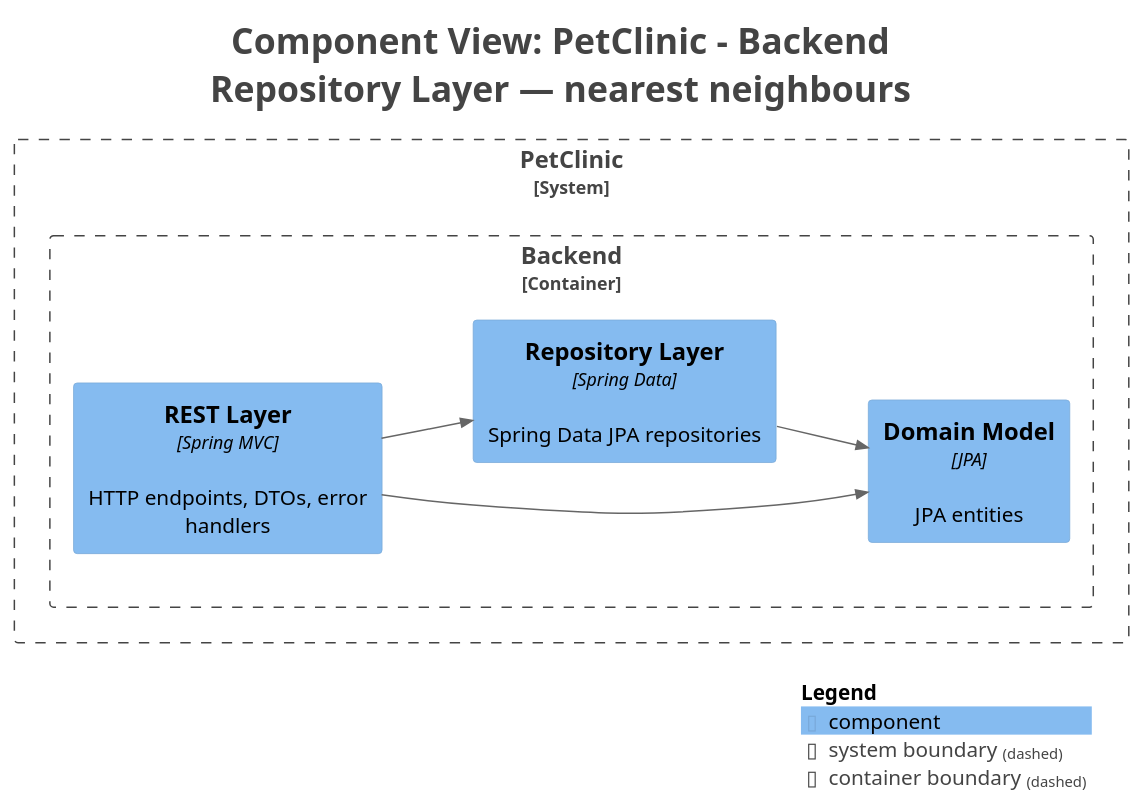
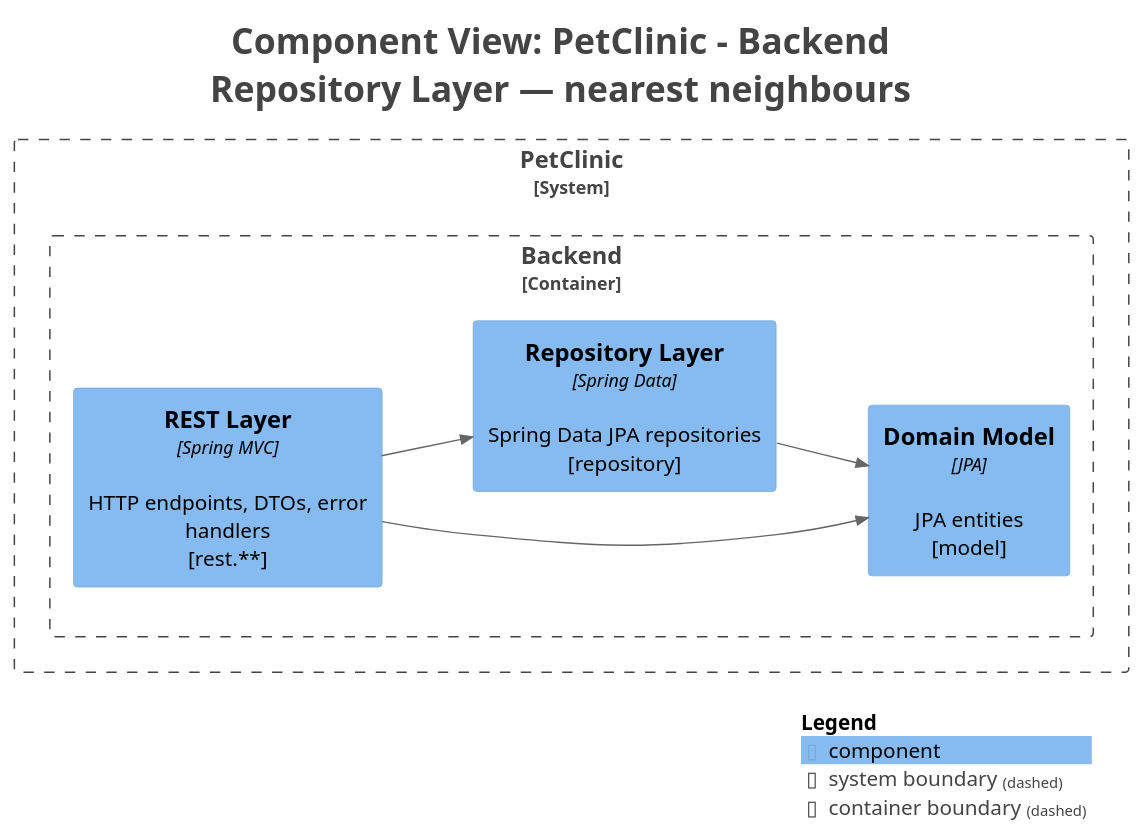
The diagram in petclinic-backend/docs/generated/c4views/C3-Repository.puml (victorrentea/petclinic), drawn with PlantUML before and after one commit. The commit also changed 5 other files, not shown here.

```diff
--- a/petclinic-backend/docs/generated/c4views/C3-Repository.puml
+++ b/petclinic-backend/docs/generated/c4views/C3-Repository.puml
@@ -1,33 +1,33 @@
 @startuml
 title <size:24>Component View: PetClinic - Backend</size>\n<size:24>Repository Layer — nearest neighbours</size>
 
 set separator none
 left to right direction
 
 <style>
   root {
     BackgroundColor: #ffffff
     FontColor: #444444
   }
 </style>
 
 !include <C4/C4>
 !include <C4/C4_Context>
 !include <C4/C4_Component>
 
 System_Boundary("PetClinic_boundary", "PetClinic", $tags="") {
   Container_Boundary("PetClinic.Backend_boundary", "Backend", $tags="") {
-    Component(PetClinic.Backend.RESTLayer, "REST Layer", $techn="Spring MVC", $descr="HTTP endpoints, DTOs, error handlers", $tags="", $link="")
-    Component(PetClinic.Backend.DomainModel, "Domain Model", $techn="JPA", $descr="JPA entities", $tags="", $link="")
-    Component(PetClinic.Backend.RepositoryLayer, "Repository Layer", $techn="Spring Data", $descr="Spring Data JPA repositories", $tags="", $link="")
+    Component(PetClinic.Backend.RESTLayer, "REST Layer", $techn="Spring MVC", $descr="HTTP endpoints, DTOs, error handlers\n[rest.**]", $tags="", $link="")
+    Component(PetClinic.Backend.DomainModel, "Domain Model", $techn="JPA", $descr="JPA entities\n[model]", $tags="", $link="")
+    Component(PetClinic.Backend.RepositoryLayer, "Repository Layer", $techn="Spring Data", $descr="Spring Data JPA repositories\n[repository]", $tags="", $link="")
   }
 
 }
 
 Rel(PetClinic.Backend.RESTLayer, PetClinic.Backend.DomainModel, "", $techn="", $tags="", $link="")
 Rel(PetClinic.Backend.RESTLayer, PetClinic.Backend.RepositoryLayer, "", $techn="", $tags="", $link="")
 Rel(PetClinic.Backend.RepositoryLayer, PetClinic.Backend.DomainModel, "", $techn="", $tags="", $link="")
 
 SHOW_LEGEND(true)
 hide stereotypes
 @enduml
```
